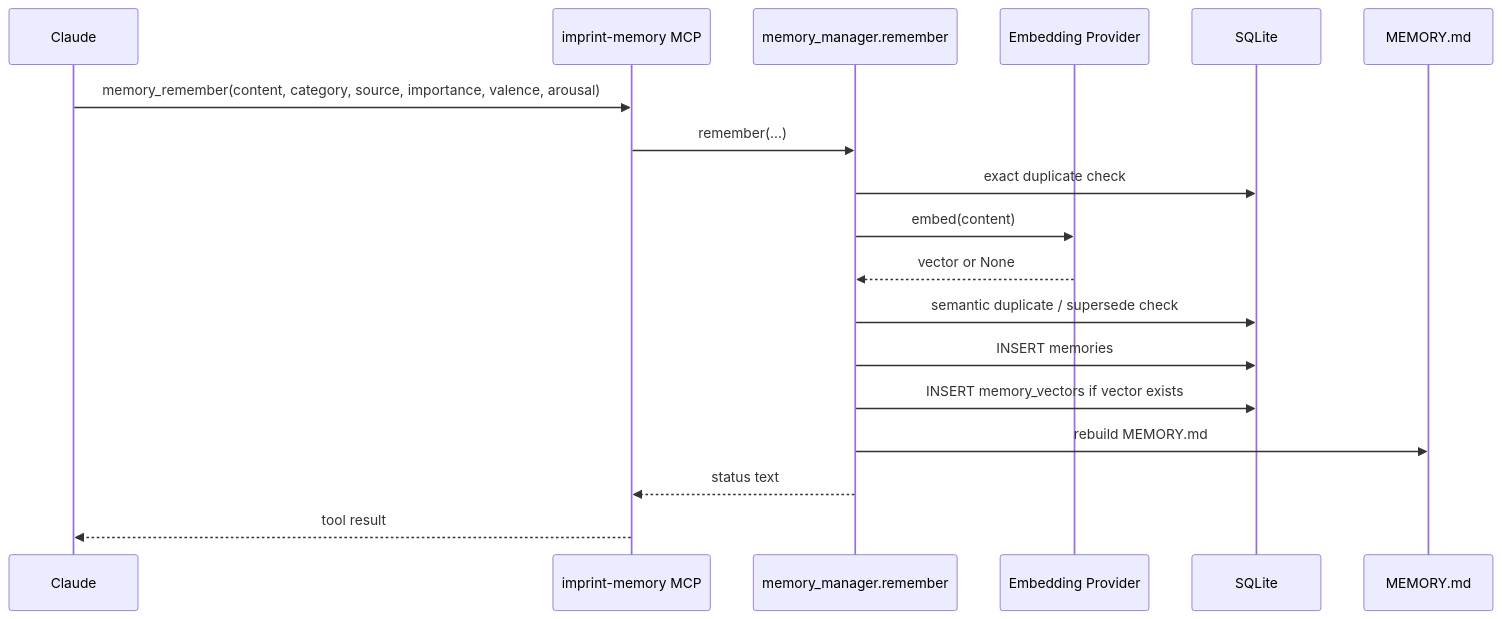
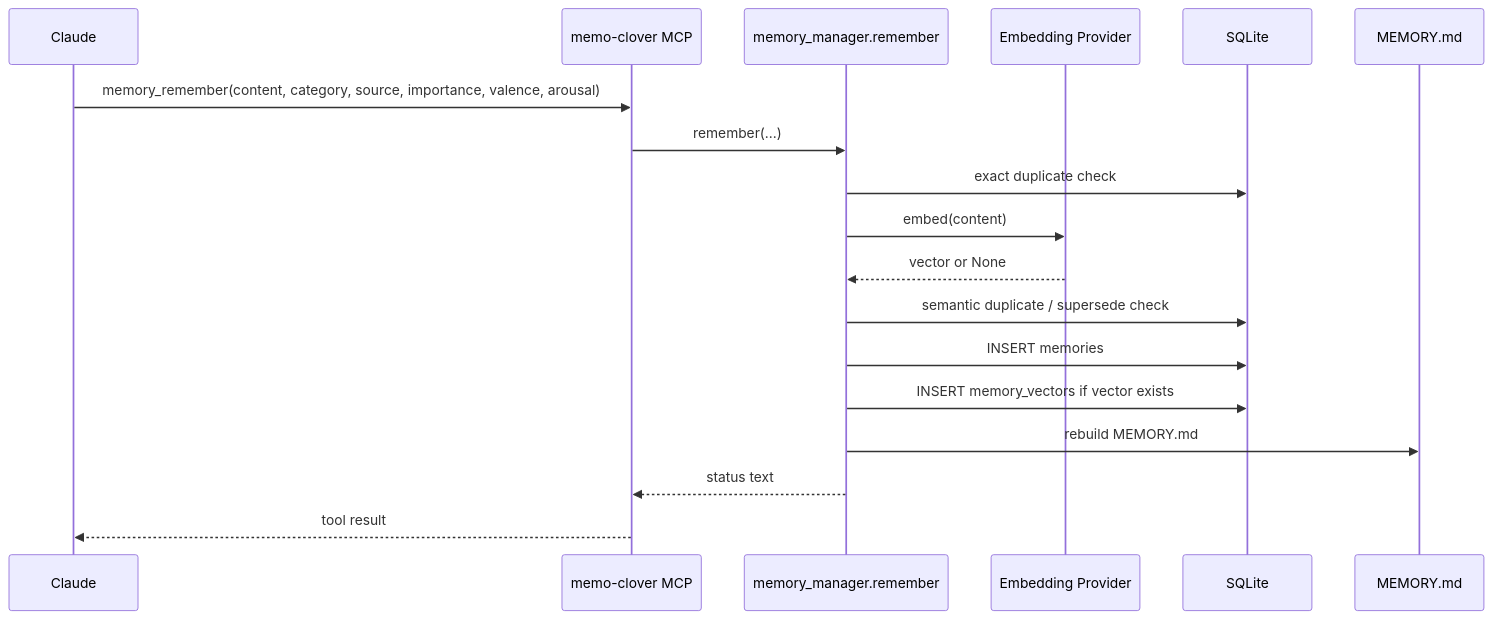
The third of 10 diagrams in docs/architecture.md (yanyan1115/claude-imprint), drawn with Mermaid before and after one commit. The commit also changed other lines of this file and 37 other files, not shown here.

Commit message:
feat: 🍀 migrate memory core to MemoClover ecosystem

````diff
--- a/docs/architecture.md
+++ b/docs/architecture.md
@@ -153,21 +153,21 @@
 ```mermaid
 sequenceDiagram
     participant Claude
-    participant MCP as imprint-memory MCP
+    participant MCP as memo-clover MCP
     participant MM as memory_manager.remember
     participant Emb as Embedding Provider
     participant DB as SQLite
     participant Index as MEMORY.md
 
     Claude->>MCP: memory_remember(content, category, source, importance, valence, arousal)
     MCP->>MM: remember(...)
     MM->>DB: exact duplicate check
     MM->>Emb: embed(content)
     Emb-->>MM: vector or None
     MM->>DB: semantic duplicate / supersede check
     MM->>DB: INSERT memories
     MM->>DB: INSERT memory_vectors if vector exists
     MM->>Index: rebuild MEMORY.md
     MM-->>MCP: status text
     MCP-->>Claude: tool result
 ```
````
